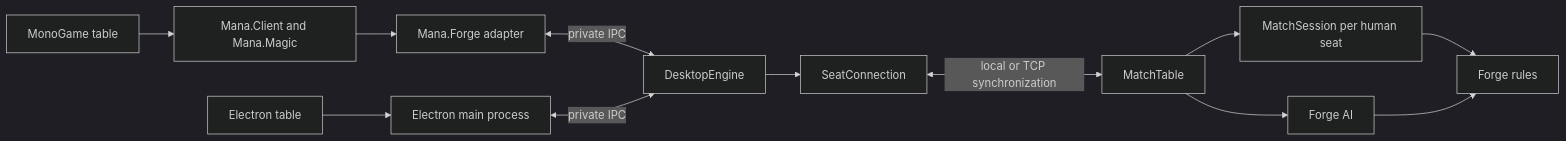
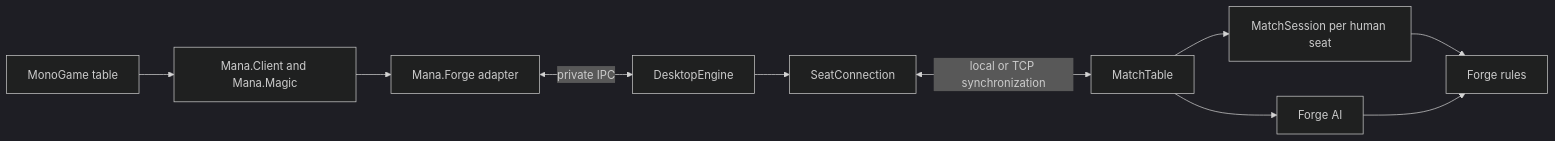
The second of 2 diagrams in docs/Development/Mana-Table-Architecture.md (proflayton/Mana-Table), drawn with Mermaid (dark theme) before and after one commit. The commit also changed other lines of this file and 156 other files, not shown here.

Commit message:
Retire Electron client and redundant desktop CI

````diff
--- a/docs/Development/Mana-Table-Architecture.md
+++ b/docs/Development/Mana-Table-Architecture.md
@@ -564,14 +563,12 @@
 ```mermaid
 flowchart LR
     Native[MonoGame table] --> Client[Mana.Client and Mana.Magic]
     Client --> Adapter[Mana.Forge adapter]
-    Electron[Electron table] --> Desktop[Electron main process]
     Adapter <-->|private IPC| Host[DesktopEngine]
-    Desktop <-->|private IPC| Host
     Host --> Connection[SeatConnection]
     Connection <-->|local or TCP synchronization| Table[MatchTable]
     Table --> Seats[MatchSession per human seat]
     Table --> AI[Forge AI]
     Seats --> Rules[Forge rules]
     AI --> Rules
 ```
````
